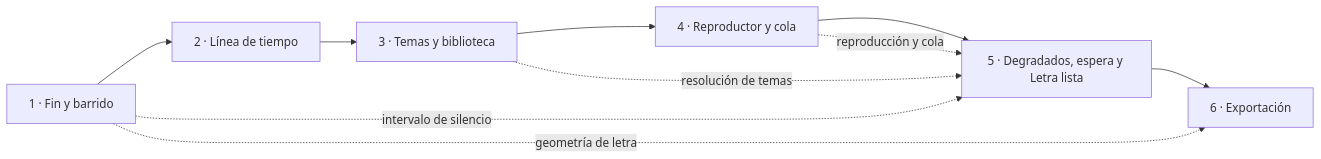
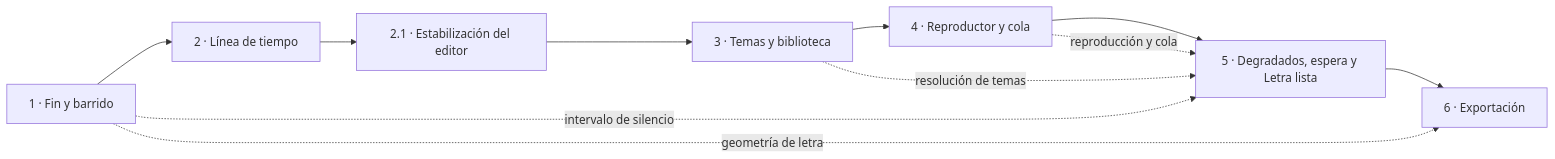
One commit to Gomonsoft/shinobi-karaoke changed the diagram in docs/versiones/0.2.0/plan-2.md. Above: the diagram before and after it, drawn with Mermaid. The commit also changed other lines of this file and 2 other files, not shown here.

````diff
--- a/docs/versiones/0.2.0/plan-2.md
+++ b/docs/versiones/0.2.0/plan-2.md
@@ -16,12 +17,12 @@
 ```mermaid
 flowchart LR
   F1["1 · Fin y barrido"] --> F2["2 · Línea de tiempo"]
-  F2 --> F3["3 · Temas y biblioteca"]
+  F2 --> F21["2.1 · Estabilización del editor"] --> F3["3 · Temas y biblioteca"]
   F3 --> F4["4 · Reproductor y cola"]
   F4 --> F5["5 · Degradados, espera y Letra lista"]
   F5 --> F6["6 · Exportación"]
   F1 -. "intervalo de silencio" .-> F5
   F3 -. "resolución de temas" .-> F5
   F1 -. "geometría de letra" .-> F6
   F4 -. "reproducción y cola" .-> F5
 ```
````
